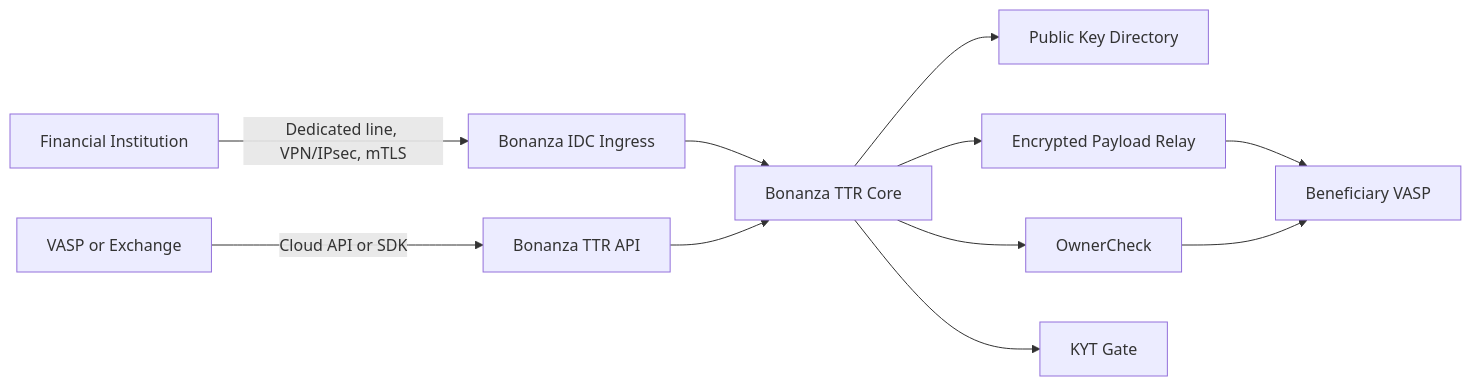
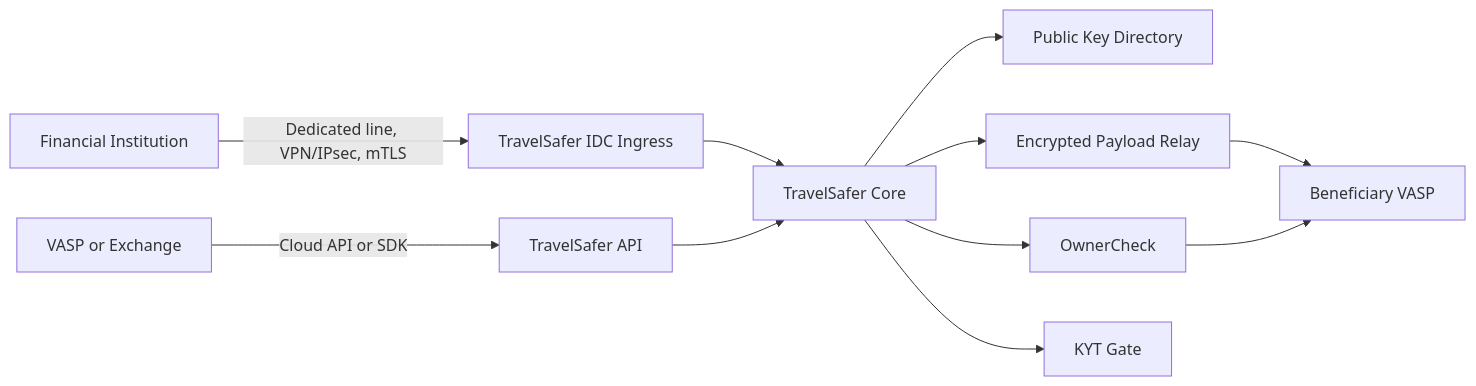
The diagram in docs/ko/internal/strategy.md (alvintracer/transight-tr), drawn with Mermaid before and after one commit. The commit also changed other lines of this file and 64 other files, not shown here.

Commit message:
Rename public brand to TravelSafer

````diff
--- a/docs/ko/internal/strategy.md
+++ b/docs/ko/internal/strategy.md
@@ -24,13 +24,13 @@
 ```mermaid
 flowchart LR
-  FI[Financial Institution] -->|Dedicated line, VPN/IPsec, mTLS| IDC[Bonanza IDC Ingress]
-  VASP[VASP or Exchange] -->|Cloud API or SDK| API[Bonanza TTR API]
-  IDC --> Core[Bonanza TTR Core]
+  FI[Financial Institution] -->|Dedicated line, VPN/IPsec, mTLS| IDC[TravelSafer IDC Ingress]
+  VASP[VASP or Exchange] -->|Cloud API or SDK| API[TravelSafer API]
+  IDC --> Core[TravelSafer Core]
   API --> Core
   Core --> Keys[Public Key Directory]
   Core --> Relay[Encrypted Payload Relay]
   Core --> OC[OwnerCheck]
   Core --> KYT[KYT Gate]
   Relay --> BFI[Beneficiary VASP]
   OC --> BFI
 ```
````
